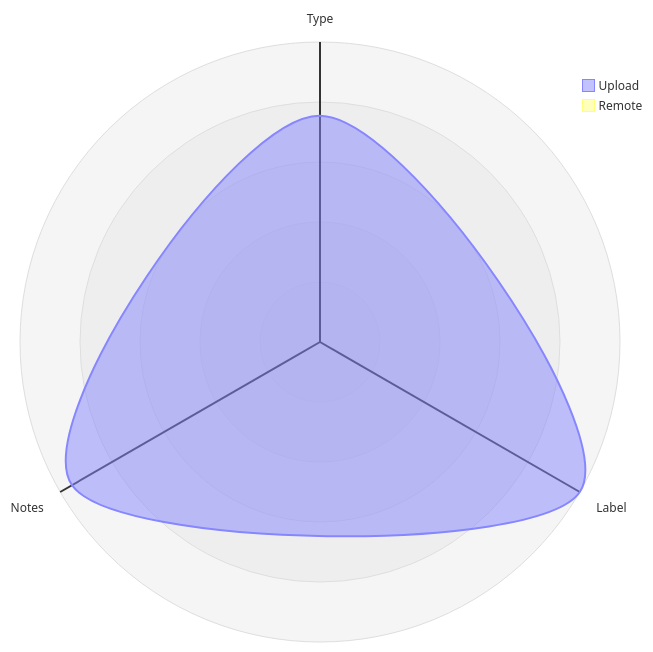
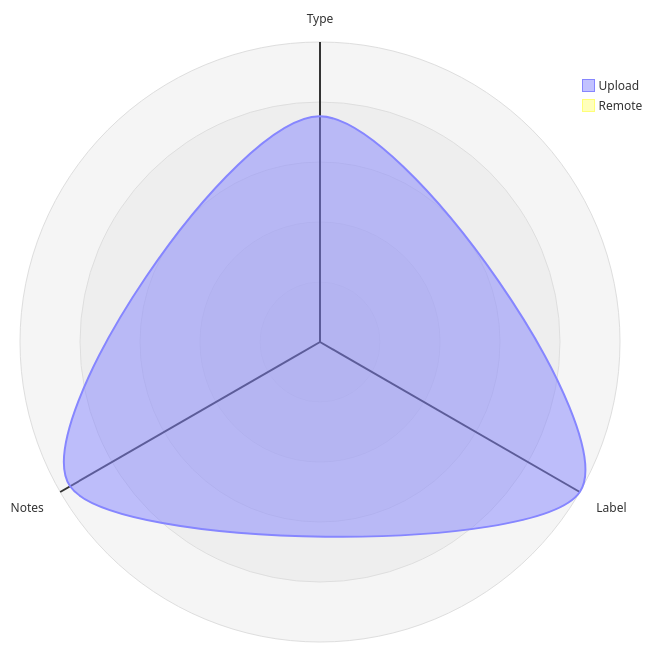
Before and after one commit to open-data/analytics-corporate-reporting: the third of 5 diagrams in datastore_tracker/README.md, drawn with Mermaid. The commit also changed other lines of this file and 8 other files, not shown here.

````diff
--- a/datastore_tracker/README.md
+++ b/datastore_tracker/README.md
@@ -104,12 +104,12 @@
 ```mermaid
 radar-beta
   axis T["Type"], L["Label"], N["Notes"]
-  curve u["Upload"]{0.00083, 0.0011, 0.00105}
+  curve u["Upload"]{0.00079, 0.00105, 0.00101}
   curve r["Remote"]{0, 0, 0}
 
   showLegend true
 
   min 0
   graticule circle
   ticks 5
 ```
````
